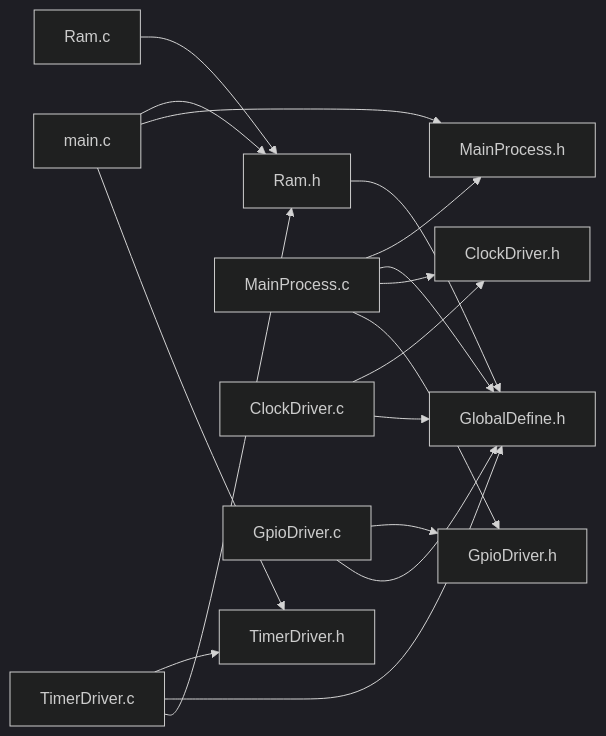
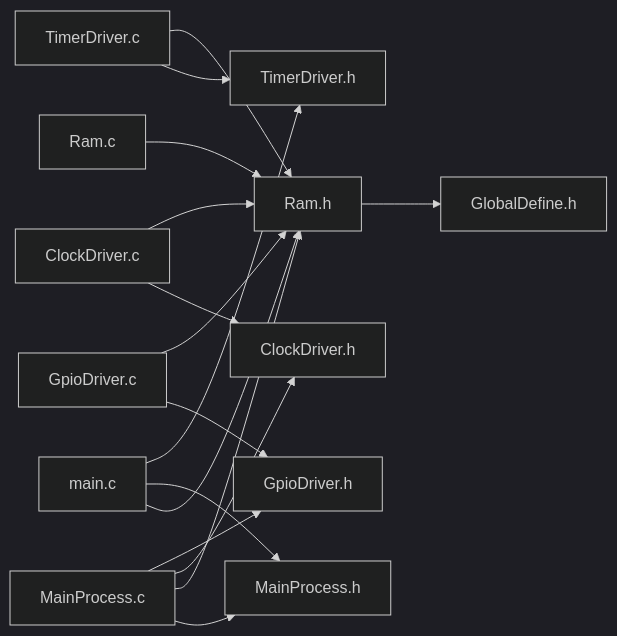
Before and after one commit to rodgutzal/Airsoft-MultipurposeGameModeTool: the second of 6 diagrams in Sw/README.md, drawn with Mermaid (dark theme). The commit also changed other lines of this file and 9 other files, not shown here.

Commit message:
Incluir Ram.h en lugar de GlobalDefine.h y agregar el interruptor C_RAM_EXPOSE_GLOBALS

````diff
--- a/Sw/README.md
+++ b/Sw/README.md
@@ -72,19 +73,18 @@
 ```mermaid
 flowchart LR
   main_c["main.c"] --> Ram_h["Ram.h"]
   main_c --> MainProcess_h["MainProcess.h"]
   main_c --> TimerDriver_h["TimerDriver.h"]
   Ram_h --> GlobalDefine_h["GlobalDefine.h"]
   Ram_c["Ram.c"] --> Ram_h
   MainProcess_c["MainProcess.c"] --> MainProcess_h
-  MainProcess_c --> GlobalDefine_h
+  MainProcess_c --> Ram_h
   MainProcess_c --> ClockDriver_h["ClockDriver.h"]
   ClockDriver_c["ClockDriver.c"] --> ClockDriver_h
-  ClockDriver_c --> GlobalDefine_h
+  ClockDriver_c --> Ram_h
   MainProcess_c --> GpioDriver_h["GpioDriver.h"]
   GpioDriver_c["GpioDriver.c"] --> GpioDriver_h
-  GpioDriver_c --> GlobalDefine_h
+  GpioDriver_c --> Ram_h
   TimerDriver_c["TimerDriver.c"] --> TimerDriver_h
-  TimerDriver_c --> GlobalDefine_h
   TimerDriver_c --> Ram_h
 ```
````
